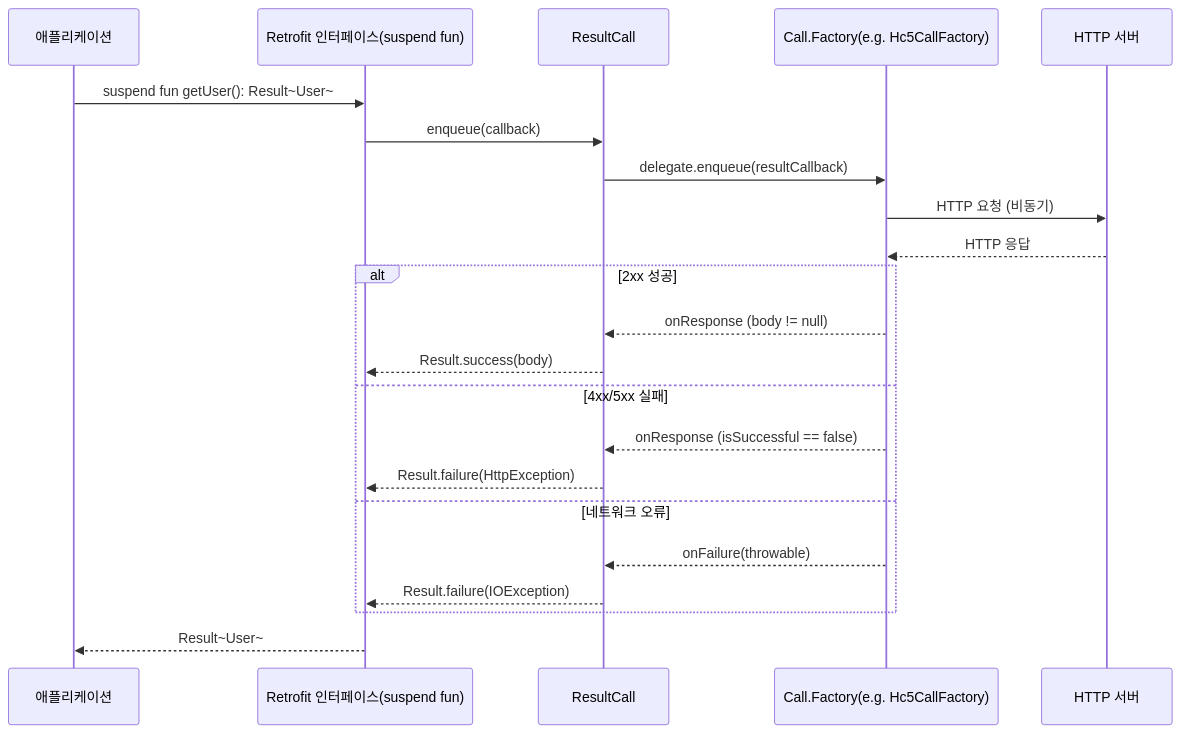
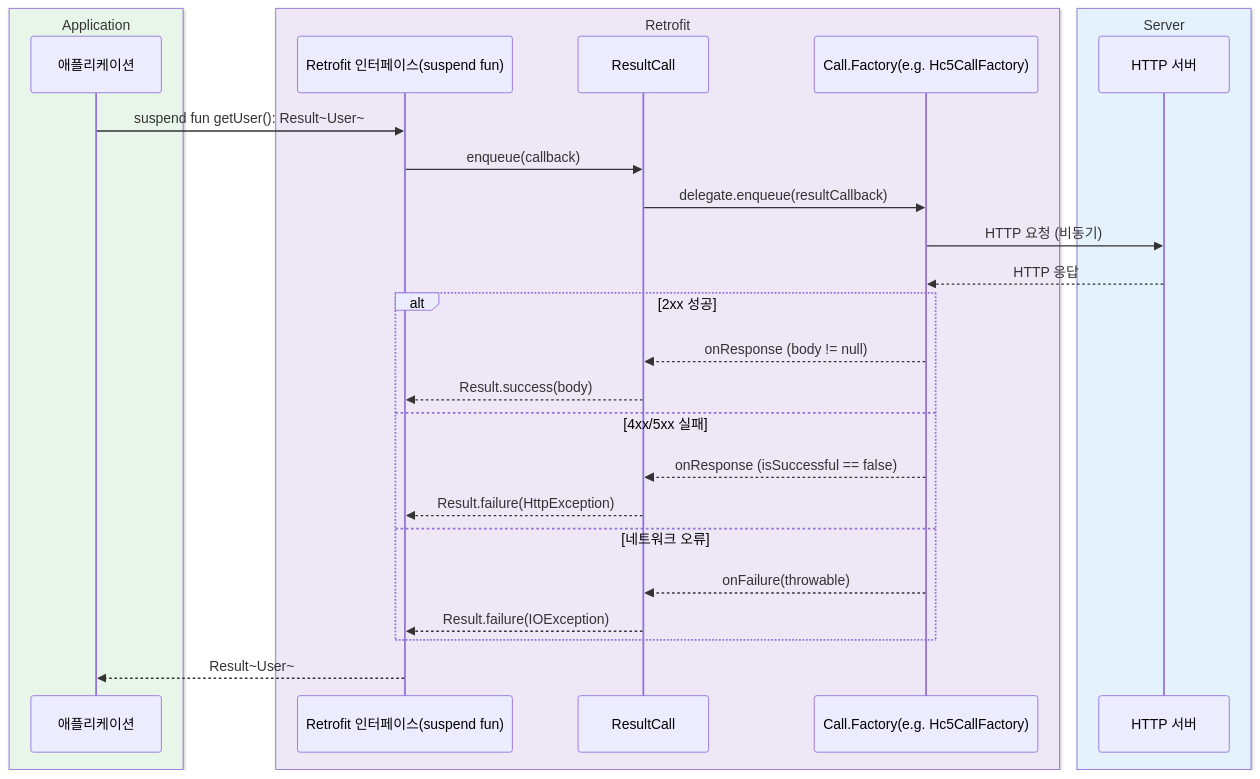
Before and after one commit to bluetape4k/bluetape4k-projects: the third of 3 diagrams in io/retrofit2/README.ko.md, drawn with Mermaid. The commit also changed other lines of this file and 221 other files, not shown here.

First line of the commit message:
docs: 전체 모듈 README UML 다이어그램 보강 및 색상 업그레이드

````diff
--- a/io/retrofit2/README.ko.md
+++ b/io/retrofit2/README.ko.md
@@ -106,25 +125,31 @@
 ```mermaid
 sequenceDiagram
-    participant App as 애플리케이션
-    participant API as Retrofit 인터페이스(suspend fun)
-    participant RC as ResultCall
-    participant CF as Call.Factory(e.g. Hc5CallFactory)
-    participant Server as HTTP 서버
+    box rgb(232, 245, 233) Application
+        participant App as 애플리케이션
+    end
+    box rgb(237, 231, 246) Retrofit
+        participant API as Retrofit 인터페이스(suspend fun)
+        participant RC as ResultCall
+        participant CF as Call.Factory(e.g. Hc5CallFactory)
+    end
+    box rgb(227, 242, 253) Server
+        participant Server as HTTP 서버
+    end
 
     App->>API: suspend fun getUser(): Result~User~
     API->>RC: enqueue(callback)
     RC->>CF: delegate.enqueue(resultCallback)
     CF->>Server: HTTP 요청 (비동기)
     Server-->>CF: HTTP 응답
     alt 2xx 성공
         CF-->>RC: onResponse (body != null)
         RC-->>API: Result.success(body)
     else 4xx/5xx 실패
         CF-->>RC: onResponse (isSuccessful == false)
         RC-->>API: Result.failure(HttpException)
     else 네트워크 오류
         CF-->>RC: onFailure(throwable)
         RC-->>API: Result.failure(IOException)
     end
     API-->>App: Result~User~
 ```
````
